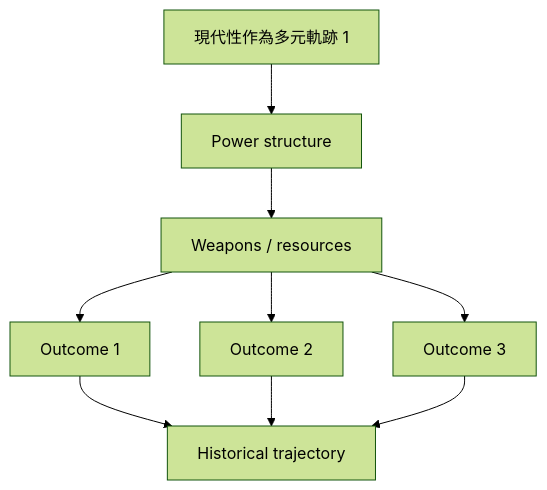
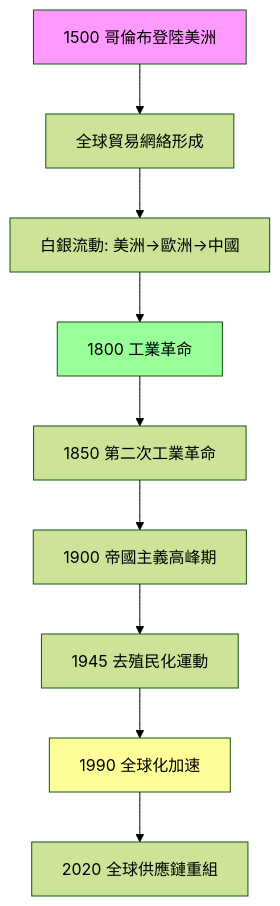
One commit to yip-lgtm/HKU-Harvard-History-Self-Study changed the first of 10 diagrams in 01_HKU_Courses/HIST1016_The_modern_world.md. Above: the diagram before and after it, drawn with Mermaid (forest theme). The commit also changed other lines of this file and 48 other files, not shown here.

````diff
--- a/01_HKU_Courses/HIST1016_The_modern_world.md
+++ b/01_HKU_Courses/HIST1016_The_modern_world.md
@@ -107,11 +158,15 @@
 ```mermaid
 graph TD
-    A[現代性作為多元軌跡 1] --> B[Power structure]
-    B --> C[Weapons / resources]
-    C --> D[Outcome 1]
-    C --> E[Outcome 2]
-    C --> F[Outcome 3]
-    D --> G[Historical trajectory]
-    E --> G
-    F --> G
+    A[1500 哥倫布登陸美洲] --> B[全球貿易網絡形成]
+    B --> C[白銀流動: 美洲→歐洲→中國]
+    C --> D[1800 工業革命]
+    D --> E[1850 第二次工業革命]
+    E --> F[1900 帝國主義高峰期]
+    F --> G[1945 去殖民化運動]
+    G --> H[1990 全球化加速]
+    H --> I[2020 全球供應鏈重組]
+    
+    style A fill:#f9f,color:#000
+    style D fill:#9f9,color:#000
+    style H fill:#ff9,color:#000
 ```
````
